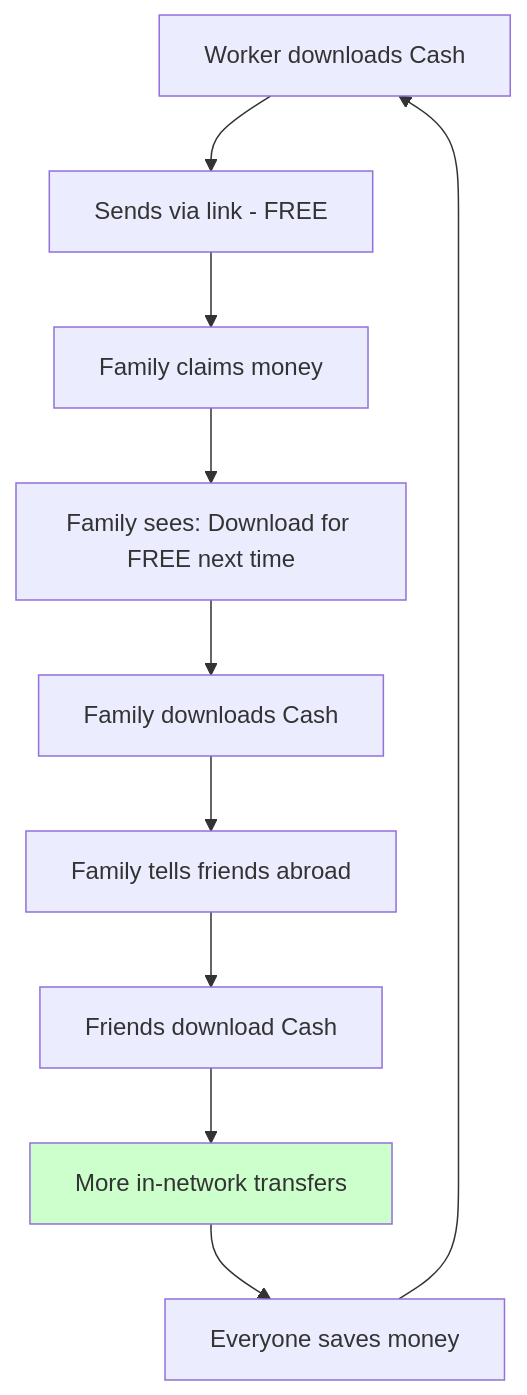
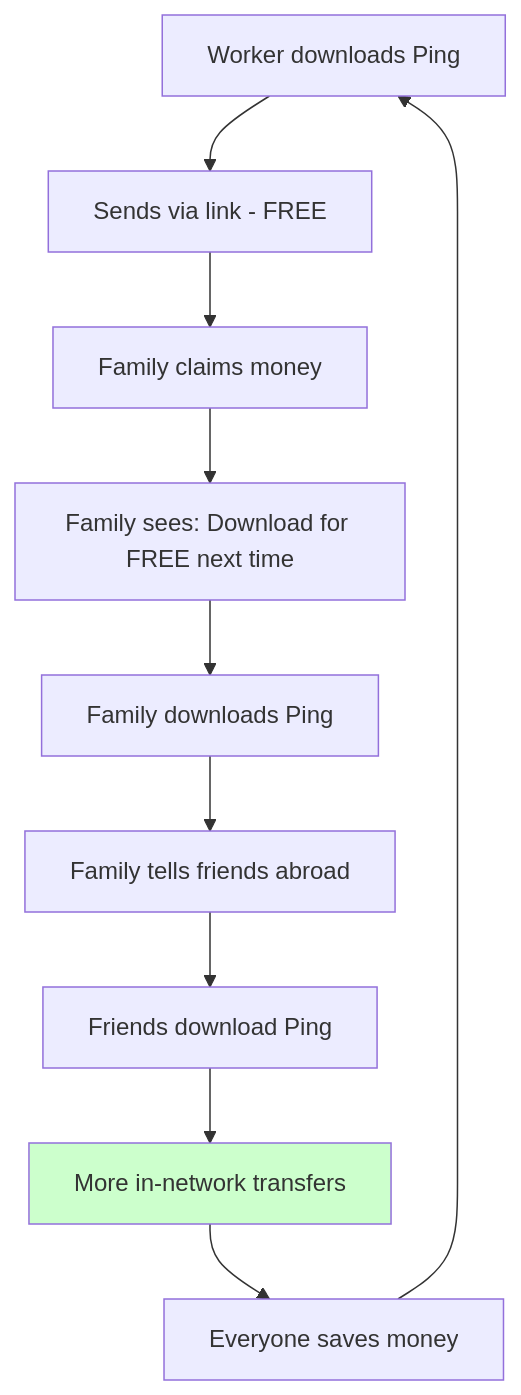
Before and after one commit to ping-cash/ping-cash: the fifth of 5 diagrams in docs/STRATEGY.md, drawn with Mermaid. The commit also changed other lines of this file and 38 other files, not shown here.

First line of the commit message:
chore: rebrand Cash → Ping; migrate to ping-cash/ping-cash

````diff
--- a/docs/STRATEGY.md
+++ b/docs/STRATEGY.md
@@ -343,14 +343,14 @@
 ```mermaid
 flowchart TD
-    A[Worker downloads Cash] --> B[Sends via link - FREE]
+    A[Worker downloads Ping] --> B[Sends via link - FREE]
     B --> C[Family claims money]
     C --> D[Family sees: Download for FREE next time]
-    D --> E[Family downloads Cash]
+    D --> E[Family downloads Ping]
     E --> F[Family tells friends abroad]
-    F --> G[Friends download Cash]
+    F --> G[Friends download Ping]
     G --> H[More in-network transfers]
     H --> I[Everyone saves money]
     I --> A
 
     style H fill:#ccffcc
 ```
````
